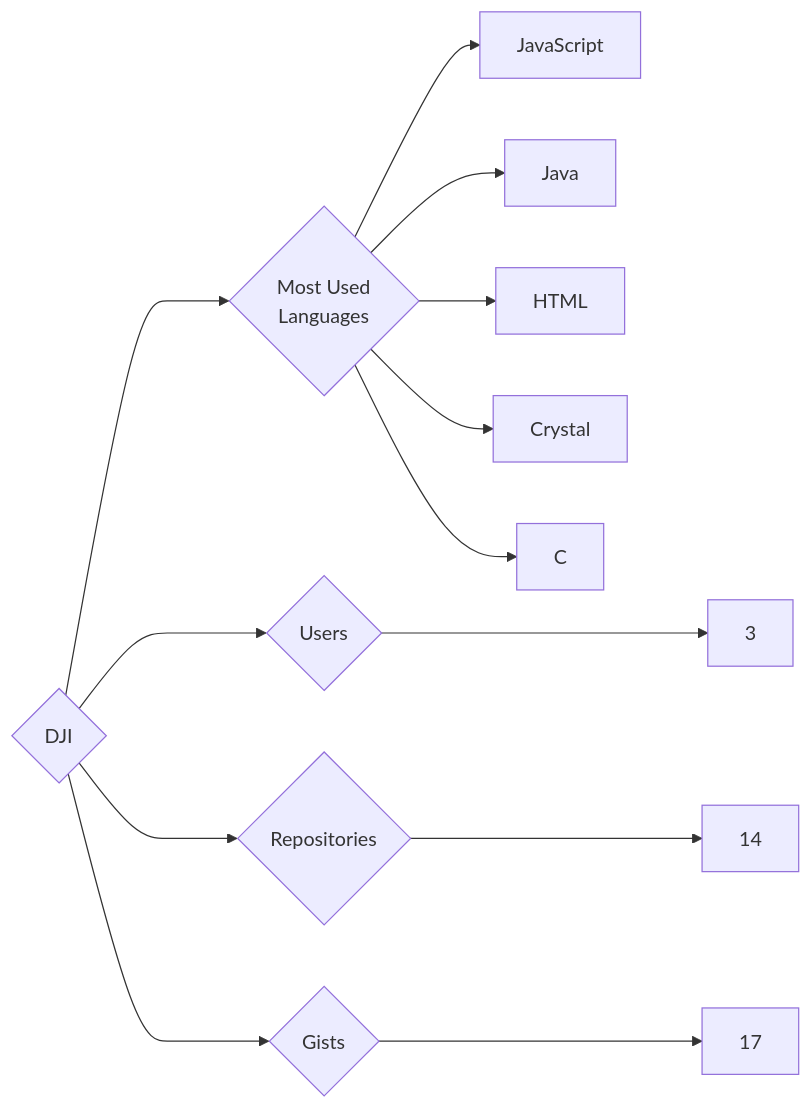
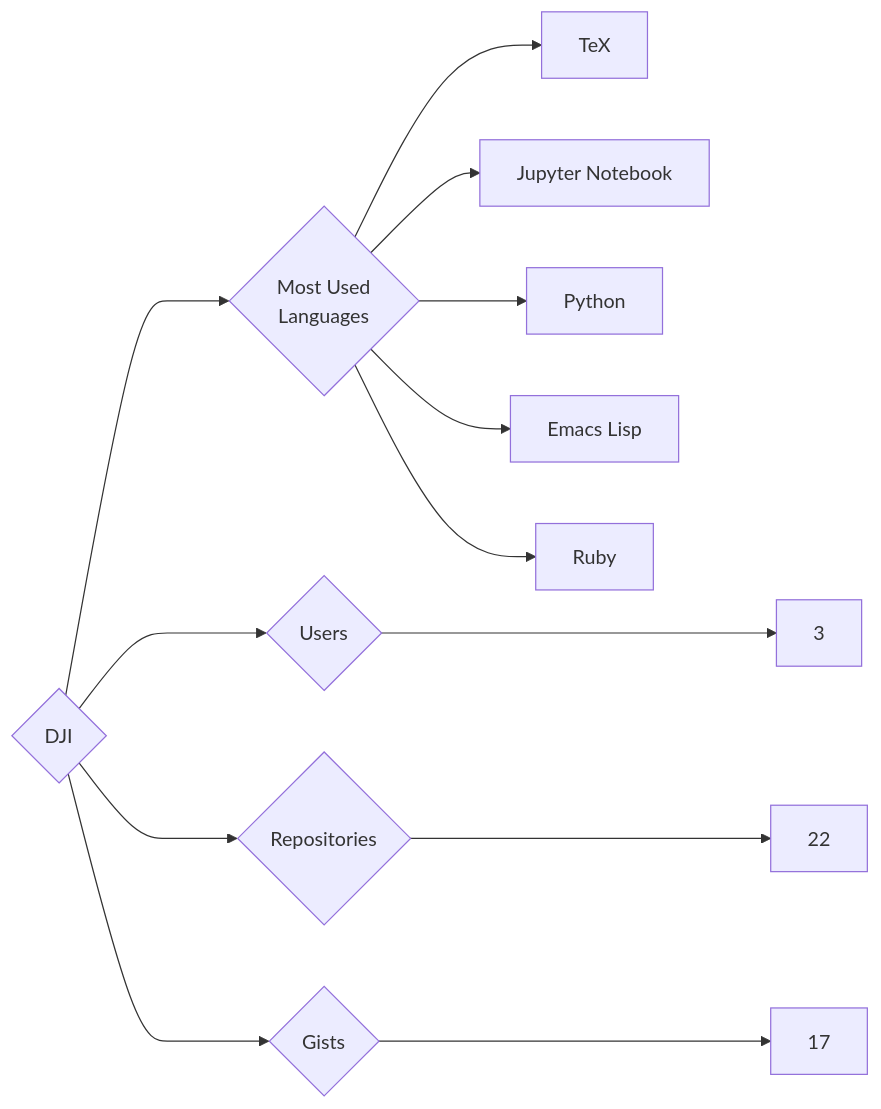
Before and after one commit to trickest/insiders: the diagram in targets/DJI/README.md, drawn with Mermaid. The commit also changed 724 other files, not shown here.

````diff
--- a/targets/DJI/README.md
+++ b/targets/DJI/README.md
@@ -3,13 +3,13 @@
 ```mermaid
 graph LR
 COMPANY_NAME{DJI}
 COMPANY_NAME ---> U{Users} ---> UN[3]
-COMPANY_NAME ---> R{Repositories} ---> RN[14]
+COMPANY_NAME ---> R{Repositories} ---> RN[22]
 COMPANY_NAME ---> G{Gists} ---> GN[17]
 COMPANY_NAME ---> ML{Most Used<br>Languages}
-ML --> JavaScript[JavaScript]
-ML --> Java[Java]
-ML --> HTML[HTML]
-ML --> Crystal[Crystal]
-ML --> C[C]
+ML --> TeX[TeX]
+ML --> Jupyter_Notebook[Jupyter Notebook]
+ML --> Python[Python]
+ML --> Emacs_Lisp[Emacs Lisp]
+ML --> Ruby[Ruby]
 ```
````
